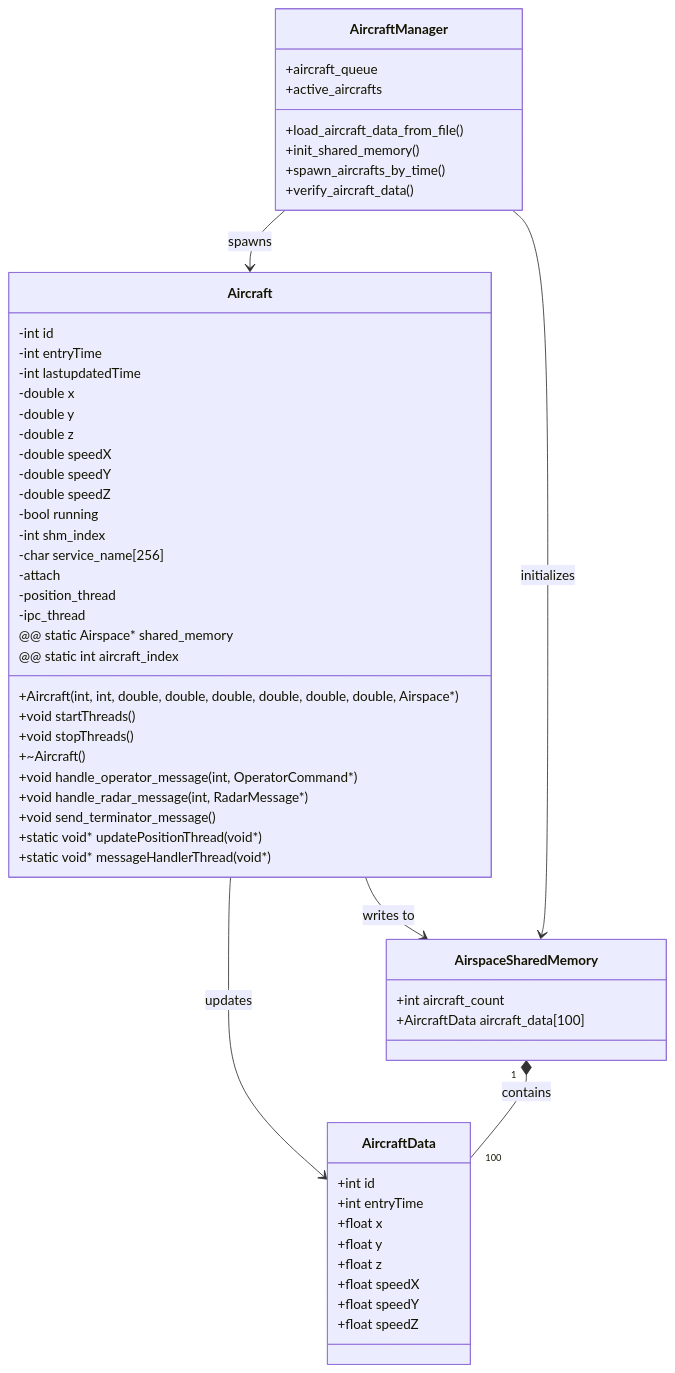
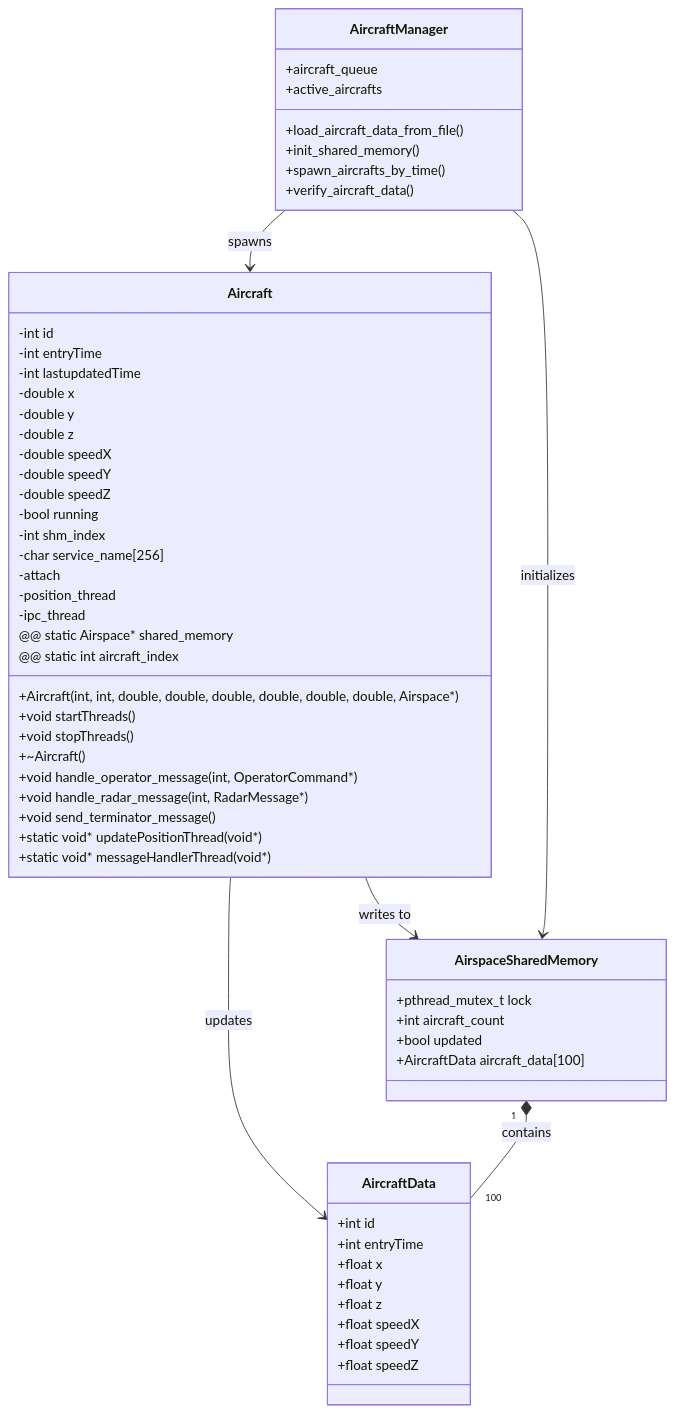
The diagram in mermaid_scripts/aircraft_class_diagram.mmd (iluvpomeranians/QNX-Real-time-ATC-Simulation), drawn with Mermaid before and after one commit.

Commit message:
Update final versions of Mermaid scripts

```diff
--- a/mermaid_scripts/aircraft_class_diagram.mmd
+++ b/mermaid_scripts/aircraft_class_diagram.mmd
@@ -1,68 +1,70 @@
 ---
 config:
   class:
     hideEmptyMembersBox: true
 ---
 classDiagram
 direction TB
 
 class AirspaceSharedMemory {
+    +pthread_mutex_t lock
     +int aircraft_count
+    +bool updated
     +AircraftData aircraft_data[100]
 }
 
 class AircraftData {
     +int id
     +int entryTime
     +float x
     +float y
     +float z
     +float speedX
     +float speedY
     +float speedZ
 }
 
 class Aircraft {
     -int id
     -int entryTime
     -int lastupdatedTime
     -double x
     -double y
     -double z
     -double speedX
     -double speedY
     -double speedZ
     -bool running
     -int shm_index
     -char service_name[256]
     -attach
     -position_thread
     -ipc_thread
     @@ static Airspace* shared_memory
     @@ static int aircraft_index
     +Aircraft(int, int, double, double, double, double, double, double, Airspace*)
     +void startThreads()
     +void stopThreads()
     +~Aircraft()
     +void handle_operator_message(int, OperatorCommand*)
     +void handle_radar_message(int, RadarMessage*)
     +void send_terminator_message()
     +static void* updatePositionThread(void*)
     +static void* messageHandlerThread(void*)
 }
 
 class AircraftManager {
     +aircraft_queue
     +active_aircrafts
     +load_aircraft_data_from_file()
     +init_shared_memory()
     +spawn_aircrafts_by_time()
     +verify_aircraft_data()
 }
 
 %% Relationships
 Aircraft --> AircraftData : updates
 Aircraft --> AirspaceSharedMemory : writes to
 AirspaceSharedMemory "1" *-- "100" AircraftData : contains
 AircraftManager --> Aircraft : spawns
 AircraftManager --> AirspaceSharedMemory : initializes
```
